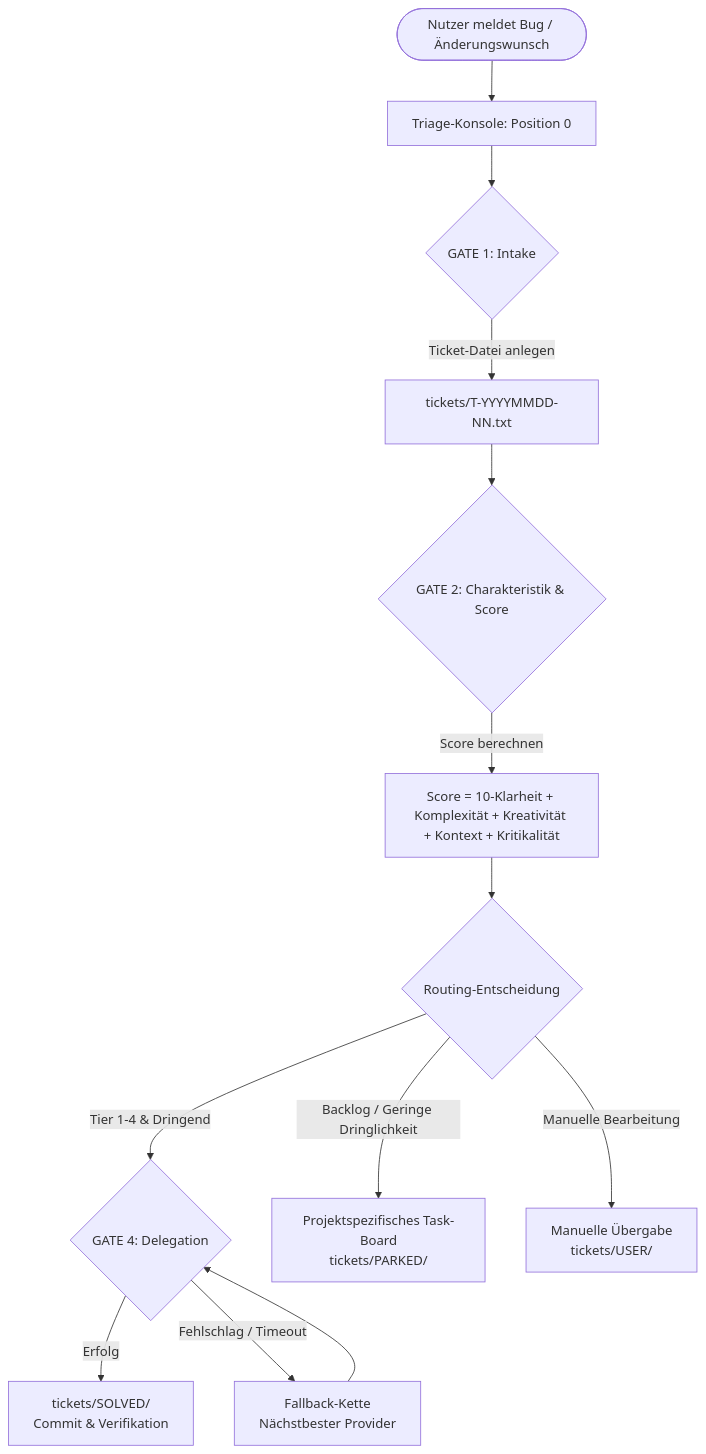
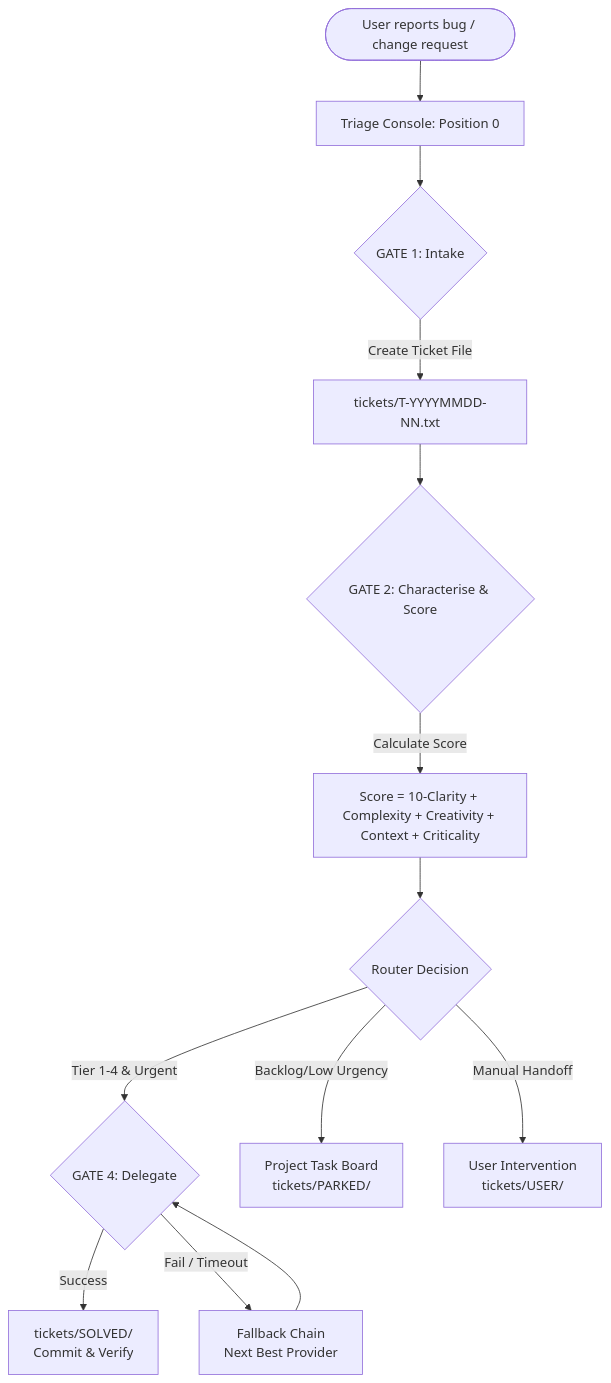
The diagram in README_de.md (dev-bricks/ticket-master), drawn with Mermaid before and after one commit. The commit also changed other lines of this file and 1 other file, not shown here.

````diff
--- a/README_de.md
+++ b/README_de.md
@@ -58,17 +58,17 @@
 ```mermaid
 graph TD
-    User([Nutzer meldet Bug / Änderungswunsch]) --> Position0[Triage-Konsole: Position 0]
+    User([User reports bug / change request]) --> Position0[Triage Console: Position 0]
     Position0 --> GATE1{GATE 1: Intake}
-    GATE1 -->|Ticket-Datei anlegen| TxtFile[tickets/T-YYYYMMDD-NN.txt]
-    TxtFile --> GATE2{GATE 2: Charakteristik & Score}
-    GATE2 -->|Score berechnen| Score[Score = 10-Klarheit + Komplexität + Kreativität + Kontext + Kritikalität]
-    Score --> Router{Routing-Entscheidung}
+    GATE1 -->|Create Ticket File| TxtFile[tickets/T-YYYYMMDD-NN.txt]
+    TxtFile --> GATE2{GATE 2: Characterise & Score}
+    GATE2 -->|Calculate Score| Score[Score = 10-Clarity + Complexity + Creativity + Context + Criticality]
+    Score --> Router{Router Decision}
     
-    Router -->|Tier 1-4 & Dringend| GATE4{GATE 4: Delegation}
-    Router -->|Backlog / Geringe Dringlichkeit| TaskDB[Projektspezifisches Task-Board<br>tickets/PARKED/]
-    Router -->|Manuelle Bearbeitung| UserHandoff[Manuelle Übergabe<br>tickets/USER/]
+    Router -->|Tier 1-4 & Urgent| GATE4{GATE 4: Delegate}
+    Router -->|Backlog/Low Urgency| TaskDB[Project Task Board<br>tickets/PARKED/]
+    Router -->|Manual Handoff| UserHandoff[User Intervention<br>tickets/USER/]
     
-    GATE4 -->|Erfolg| Solved[tickets/SOLVED/<br>Commit & Verifikation]
-    GATE4 -->|Fehlschlag / Timeout| Fallback[Fallback-Kette<br>Nächstbester Provider]
+    GATE4 -->|Success| Solved[tickets/SOLVED/<br>Commit & Verify]
+    GATE4 -->|Fail / Timeout| Fallback[Fallback Chain<br>Next Best Provider]
     Fallback --> GATE4
 ```
````
